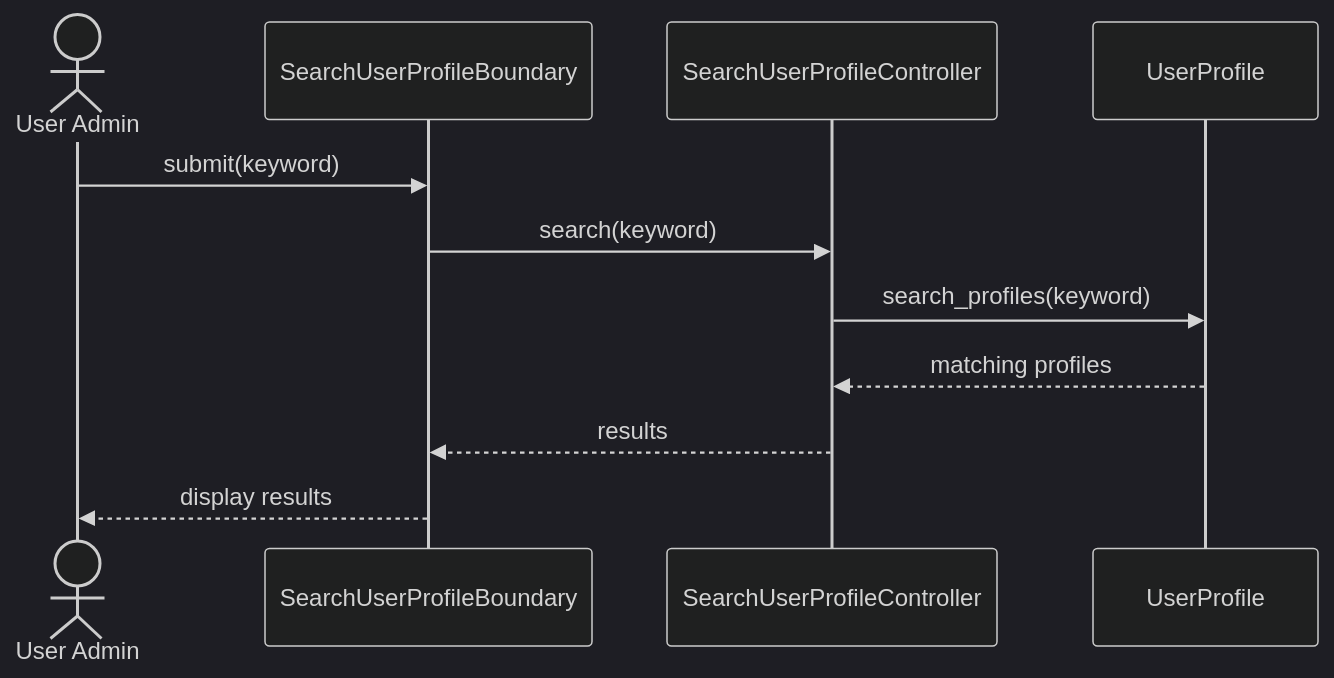
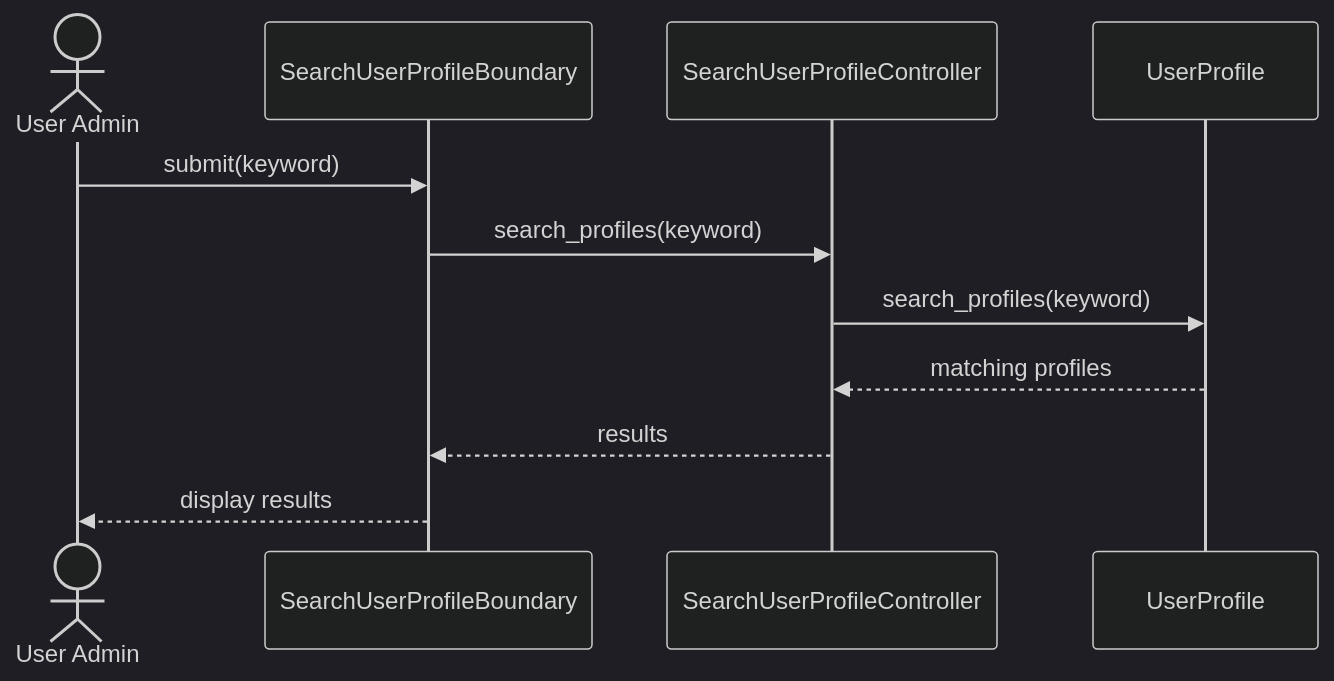
The second of 2 diagrams in diagrams/US05_Search_User_Profiles/README.md (boyinapuddle/CSIT314-Chinese), drawn with Mermaid (dark theme) before and after one commit. The commit also changed other lines of this file and 140 other files, not shown here.

````diff
--- a/diagrams/US05_Search_User_Profiles/README.md
+++ b/diagrams/US05_Search_User_Profiles/README.md
@@ -20,13 +20,13 @@
 ```mermaid
 sequenceDiagram
     actor P0 as User Admin
     participant P1 as SearchUserProfileBoundary
     participant P2 as SearchUserProfileController
     participant P3 as UserProfile
     P0->>P1: submit(keyword)
-    P1->>P2: search(keyword)
+    P1->>P2: search_profiles(keyword)
     P2->>P3: search_profiles(keyword)
     P3-->>P2: matching profiles
     P2-->>P1: results
     P1-->>P0: display results
 ```
````
